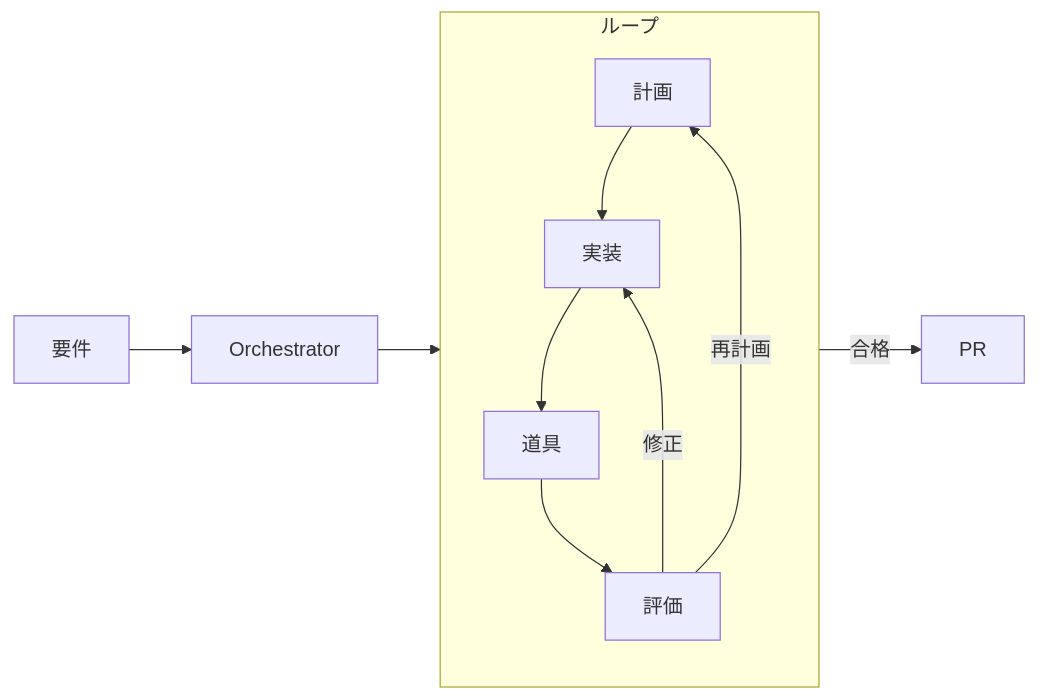
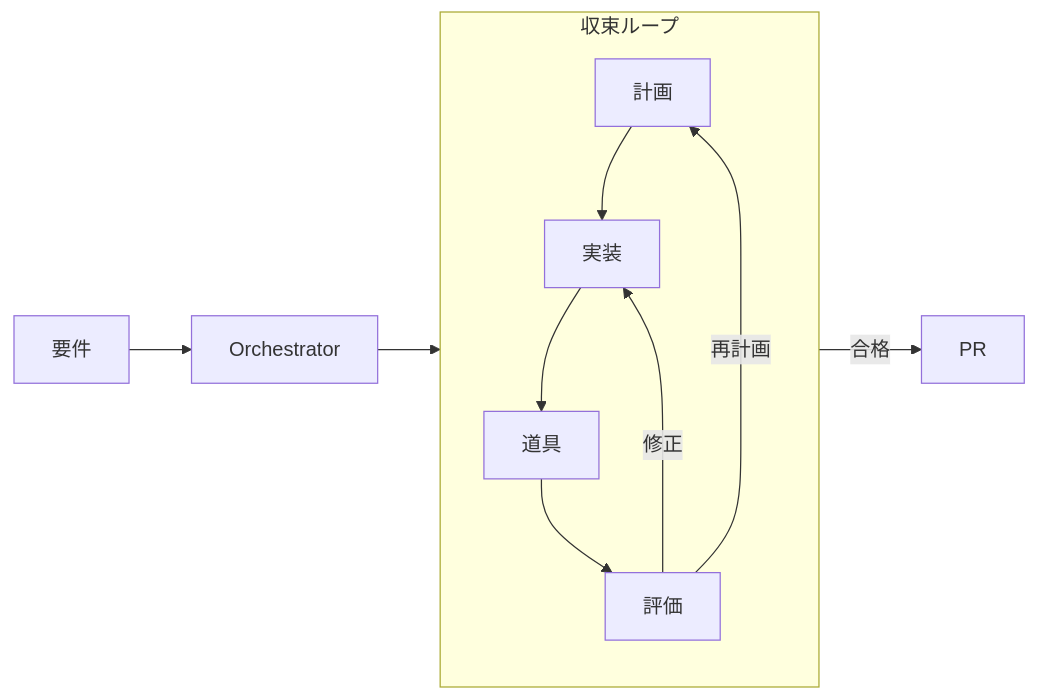
One commit to yjn279/trinity changed the diagram in README.md. Above: the diagram before and after it, drawn with Mermaid. The commit also changed other lines of this file and 4 other files, not shown here.

````diff
--- a/README.md
+++ b/README.md
@@ -42,14 +42,14 @@
 ```mermaid
 flowchart LR
   requirement[要件] --> orchestrator[Orchestrator]
   orchestrator --> plan
-  subgraph loop[ループ]
+  subgraph loop[収束ループ]
     direction TB
     plan[計画] --> generate[実装]
     generate --> tools[道具]
     tools --> evaluate[評価]
     evaluate -->|再計画| plan
     evaluate -->|修正| generate
   end
   evaluate -->|合格| pullRequest[PR]
 ```
````
